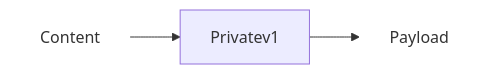
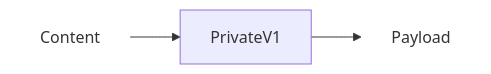
One commit to waku-org/specs changed the first of 3 diagrams in standards/application/privatev1.md. Above: the diagram before and after it, drawn with Mermaid. The commit also changed other lines of this file, not shown here.

````diff
--- a/standards/application/privatev1.md
+++ b/standards/application/privatev1.md
@@ -57,5 +57,5 @@
 ```mermaid
 flowchart LR
-    Content:::plain--> Privatev1 --> Payload:::plain
+    Content:::plain--> PrivateV1 --> Payload:::plain
     classDef plain fill:none,stroke:transparent;
 ```
````
